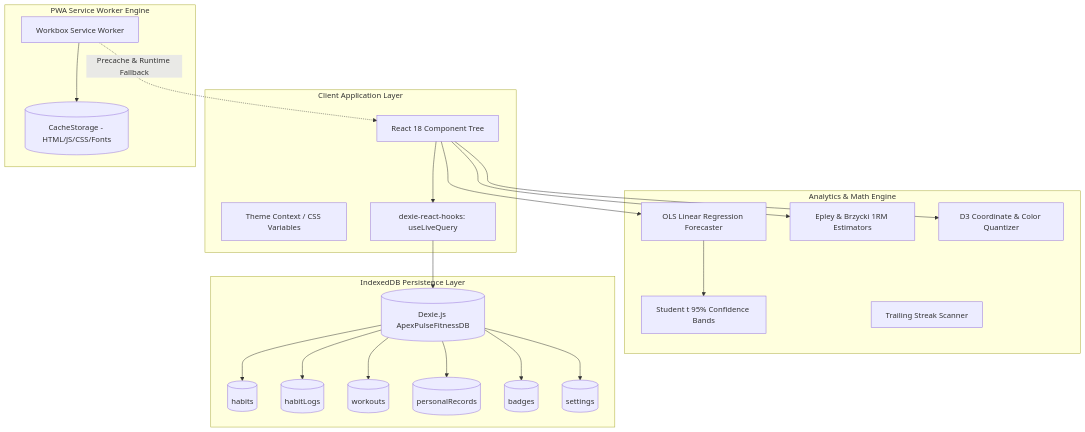
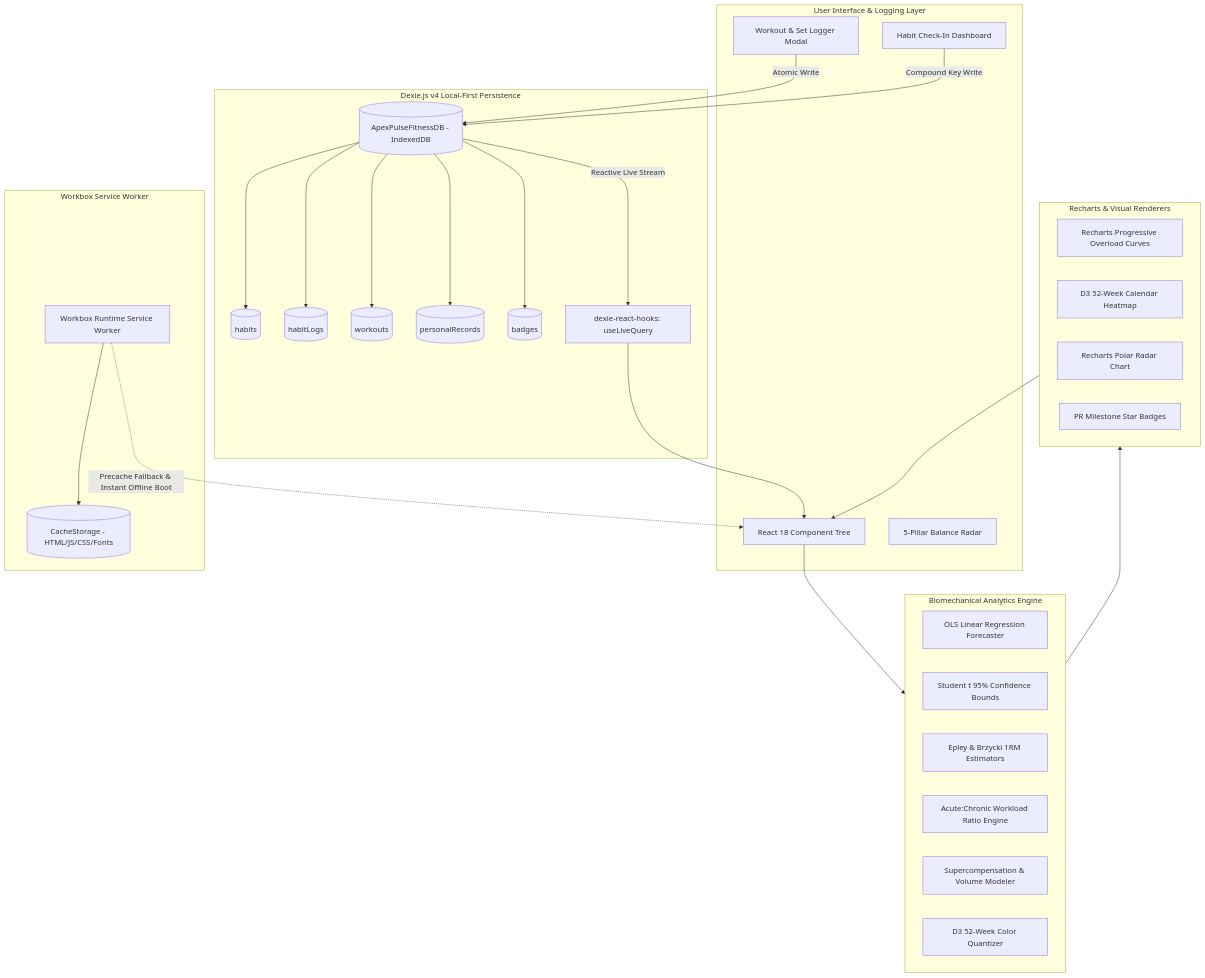
One commit to TheRollerBlader/fitness-habit-tracker changed the first of 2 diagrams in README.md. Above: the diagram before and after it, drawn with Mermaid. The commit also changed other lines of this file and 10 other files, not shown here.

Commit message:
docs: add 3D muscle hypertrophy simulation, 52-week habit heatmap, and upgraded showcase README

````diff
--- a/README.md
+++ b/README.md
@@ -28,48 +90,59 @@
 ```mermaid
-graph TD
-    subgraph Client Application Layer [Client Application Layer]
+flowchart TD
+    subgraph UI_Layer [User Interface & Logging Layer]
         UI[React 18 Component Tree]
-        Theme[Theme Context / CSS Variables]
-        LiveHook[dexie-react-hooks: useLiveQuery]
+        Logger[Workout & Set Logger Modal]
+        HabitCheck[Habit Check-In Dashboard]
+        RadarView[5-Pillar Balance Radar]
     end
 
-    subgraph Analytics & Math Engine [Analytics & Math Engine]
-        OLS[OLS Linear Regression Forecaster]
-        CI[Student t 95% Confidence Bands]
-        Epley[Epley & Brzycki 1RM Estimators]
-        D3Map[D3 Coordinate & Color Quantizer]
-        Streaks[Trailing Streak Scanner]
-    end
-
-    subgraph Storage & Persistence Layer [IndexedDB Persistence Layer]
-        DexieDB[(Dexie.js ApexPulseFitnessDB)]
+    subgraph Storage_Layer [Dexie.js v4 Local-First Persistence]
+        DexieDB[(ApexPulseFitnessDB - IndexedDB)]
         T_Habits[(habits)]
         T_Logs[(habitLogs)]
         T_Workouts[(workouts)]
         T_PRs[(personalRecords)]
         T_Badges[(badges)]
-        T_Settings[(settings)]
+        LiveHook[dexie-react-hooks: useLiveQuery]
     end
 
-    subgraph PWA Offline Engine [PWA Service Worker Engine]
-        SW[Workbox Service Worker]
-        Cache[(CacheStorage - HTML/JS/CSS/Fonts)]
+    subgraph Analytics_Layer [Biomechanical Analytics Engine]
+        OLS[OLS Linear Regression Forecaster]
+        CI[Student t 95% Confidence Bounds]
+        Epley[Epley & Brzycki 1RM Estimators]
+        ACWR_Engine[Acute:Chronic Workload Ratio Engine]
+        Supercomp[Supercompensation & Volume Modeler]
+        D3Quant[D3 52-Week Color Quantizer]
     end
 
-    UI --> LiveHook
-    LiveHook --> DexieDB
+    subgraph Visualization_Layer [Recharts & Visual Renderers]
+        ProgCharts[Recharts Progressive Overload Curves]
+        HeatmapSVG[D3 52-Week Calendar Heatmap]
+        RadarComponent[Recharts Polar Radar Chart]
+        PRBreakthrough[PR Milestone Star Badges]
+    end
+
+    subgraph PWA_Engine [Workbox Service Worker]
+        SW[Workbox Runtime Service Worker]
+        CacheStore[(CacheStorage - HTML/JS/CSS/Fonts)]
+    end
+
+    %% Flow Connections
+    Logger -->|Atomic Write| DexieDB
+    HabitCheck -->|Compound Key Write| DexieDB
     DexieDB --> T_Habits
     DexieDB --> T_Logs
     DexieDB --> T_Workouts
     DexieDB --> T_PRs
     DexieDB --> T_Badges
-    DexieDB --> T_Settings
 
-    UI --> OLS
-    UI --> D3Map
-    UI --> Epley
-    OLS --> CI
+    DexieDB -->|Reactive Live Stream| LiveHook
+    LiveHook --> UI
 
-    SW --> Cache
-    SW -.->|Precache & Runtime Fallback| UI
+    UI --> Analytics_Layer
+    Analytics_Layer --> Visualization_Layer
+    Visualization_Layer --> UI
+
+    SW --> CacheStore
+    SW -.->|Precache Fallback & Instant Offline Boot| UI
 ```
````
